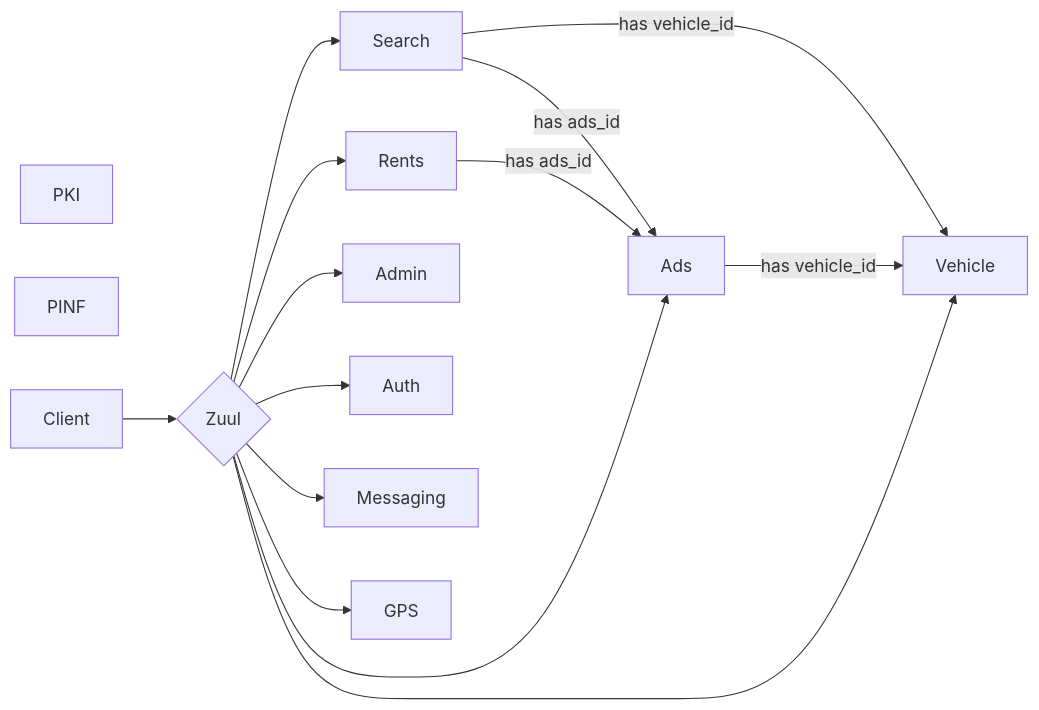
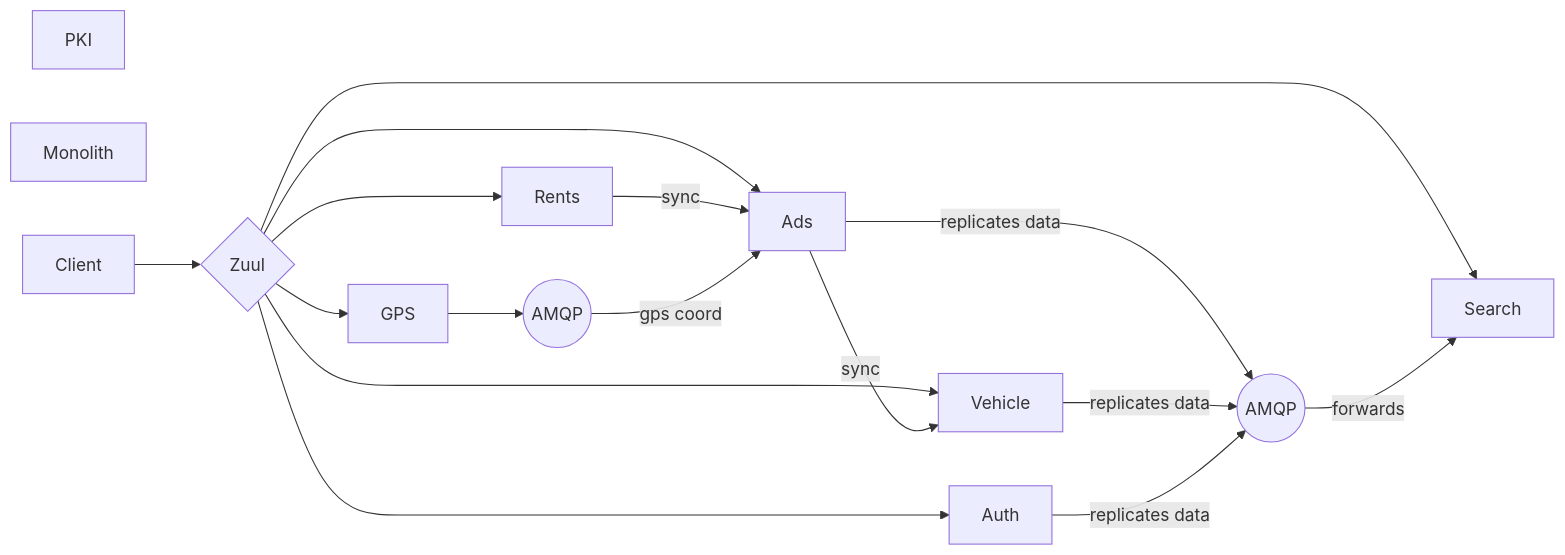
The diagram in XWS-KT1/mermaid.md (n-dusan/wroom), drawn with Mermaid before and after one commit. The commit also changed 14 other files, not shown here.

````diff
--- a/XWS-KT1/mermaid.md
+++ b/XWS-KT1/mermaid.md
@@ -1,19 +1,28 @@
 ```mermaid
 graph LR
 P[PKI]
-PINF[PINF]
-S[Search] -- has ads_id--> O[Ads]
-S -- has vehicle_id --> V[Vehicle]
-O -- has vehicle_id --> V
-R[Rents] -- has ads_id --> O
+MONO[Monolith]
+V[Vehicle]
+O[Ads]
+S[Search]
+R[Rents]
+W[Client]
+Z{Zuul}
 
-Z{Zuul} --> V
-Z{Zuul} --> B[Admin]
-Z{Zuul} --> S
-Z{Zuul} --> R
-Z{Zuul} --> O
-Z{Zuul} --> A[Auth]
-Z{Zuul} --> E[Messaging]
-Z{Zuul} --> G[GPS]
-W[Client] --> Z
+Z --> V
+Z --> S
+Z --> R
+Z --> O
+Z --> A[Auth]
+Z --> G[GPS]
+W --> Z
+O -- replicates data --> Q1((AMQP))
+V -- replicates data--> Q1
+A -- replicates data--> Q1
+O -- sync--> V
+R -- sync --> O
+G --> Q2((AMQP))
+Q2 -- gps coord--> O
+Q1 -- forwards--> S
+
 ```
````
